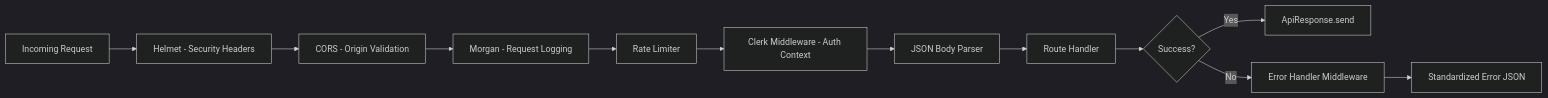
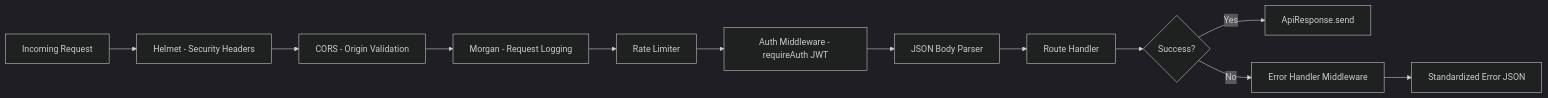
The second of 2 diagrams in corpverse_docs/03_architecture/system_architecture.md (Trushar30/CorpVerse), drawn with Mermaid (dark theme) before and after one commit. The commit also changed other lines of this file and 564 other files, not shown here.

````diff
--- a/corpverse_docs/03_architecture/system_architecture.md
+++ b/corpverse_docs/03_architecture/system_architecture.md
@@ -99,14 +95,14 @@
 ```mermaid
 flowchart LR
     A[Incoming Request] --> B[Helmet - Security Headers]
     B --> C[CORS - Origin Validation]
     C --> D[Morgan - Request Logging]
     D --> E[Rate Limiter]
-    E --> F[Clerk Middleware - Auth Context]
+    E --> F[Auth Middleware - requireAuth JWT]
     F --> G[JSON Body Parser]
     G --> H[Route Handler]
     H --> I{Success?}
     I -->|Yes| J[ApiResponse.send]
     I -->|No| K[Error Handler Middleware]
     K --> L[Standardized Error JSON]
 ```
````
